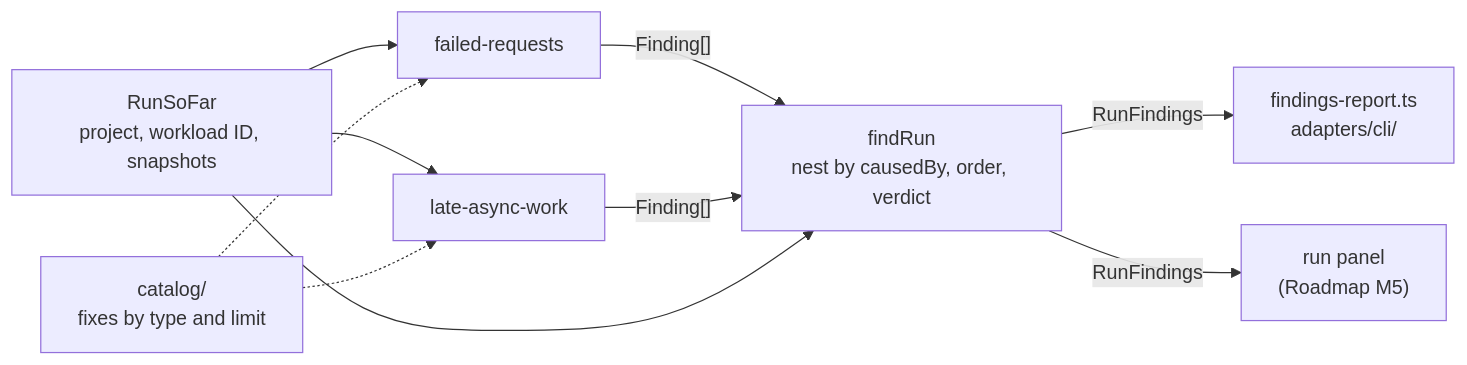
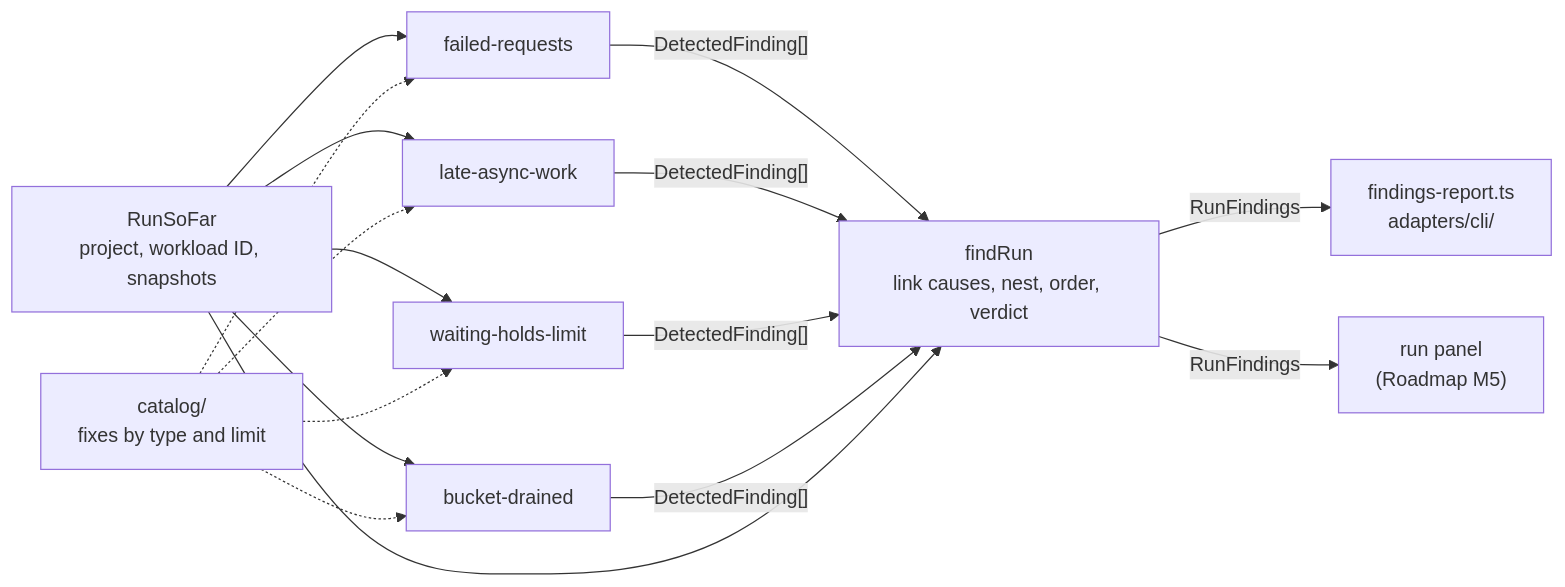
One commit to alanbickel/wind-tunnel changed the diagram in docs/architecture/finding-detectors.md. Above: the diagram before and after it, drawn with Mermaid. The commit also changed other lines of this file and 31 other files, not shown here.

Commit message:
feat(application): explain refused limits with the waiting-holds-limit and bucket-drained notes (#70)

````diff
--- a/docs/architecture/finding-detectors.md
+++ b/docs/architecture/finding-detectors.md
@@ -22,10 +25,12 @@
 ```mermaid
 flowchart LR
     S["RunSoFar<br/>project, workload ID, snapshots"] --> D1["failed-requests"]
     S --> D2["late-async-work"]
-    C["catalog/<br/>fixes by type and limit"] -.-> D1 & D2
-    D1 & D2 -->|"Finding[]"| F["findRun<br/>nest by causedBy, order, verdict"]
+    S --> D3["waiting-holds-limit"]
+    S --> D4["bucket-drained"]
+    C["catalog/<br/>fixes by type and limit"] -.-> D1 & D2 & D3 & D4
+    D1 & D2 & D3 & D4 -->|"DetectedFinding[]"| F["findRun<br/>link causes, nest, order, verdict"]
     S --> F
     F -->|"RunFindings"| CLI["findings-report.ts<br/>adapters/cli/"]
     F -->|"RunFindings"| UI["run panel<br/>(Roadmap M5)"]
 ```
````
